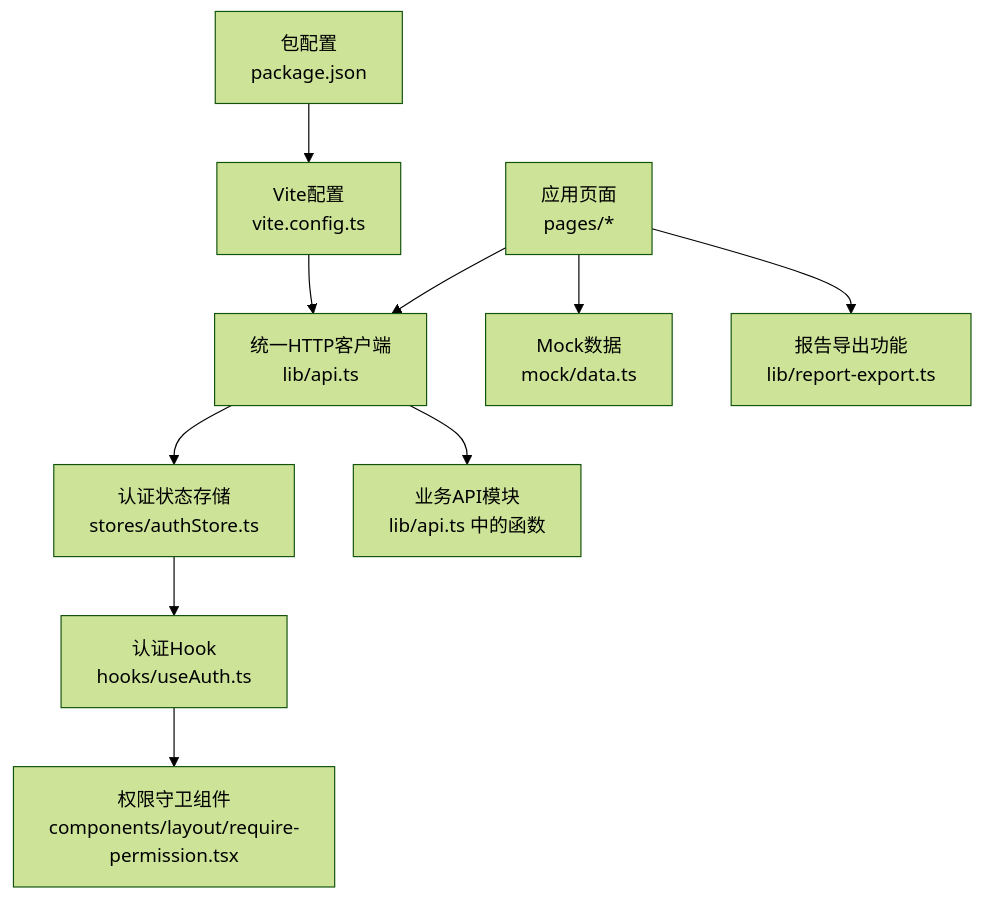
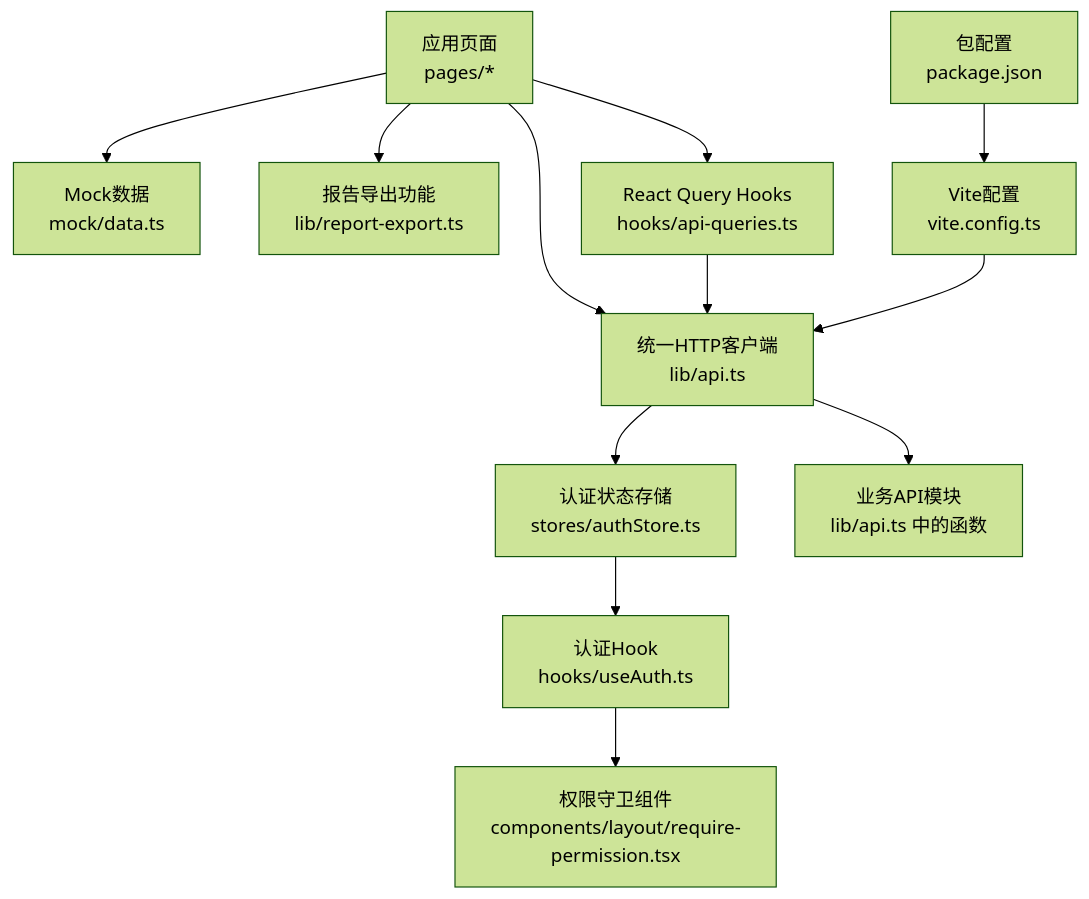
Before and after one commit to Damao997/newproject: the first of 7 diagrams in .qoder/repowiki/zh/content/API集成层/API集成层.md, drawn with Mermaid (forest theme). The commit also changed other lines of this file and 55 other files, not shown here.

````diff
--- a/.qoder/repowiki/zh/content/API集成层/API集成层.md
+++ b/.qoder/repowiki/zh/content/API集成层/API集成层.md
@@ -50,12 +53,14 @@
 ```mermaid
 graph TB
 A["应用页面<br/>pages/*"] --> B["统一HTTP客户端<br/>lib/api.ts"]
 B --> C["认证状态存储<br/>stores/authStore.ts"]
 B --> D["业务API模块<br/>lib/api.ts 中的函数"]
 C --> E["认证Hook<br/>hooks/useAuth.ts"]
 E --> F["权限守卫组件<br/>components/layout/require-permission.tsx"]
 A --> G["Mock数据<br/>mock/data.ts"]
 A --> H["报告导出功能<br/>lib/report-export.ts"]
-I["Vite配置<br/>vite.config.ts"] --> B
-J["包配置<br/>package.json"] --> I
+A --> I["React Query Hooks<br/>hooks/api-queries.ts"]
+I --> B
+J["Vite配置<br/>vite.config.ts"] --> B
+K["包配置<br/>package.json"] --> J
 ```
````
